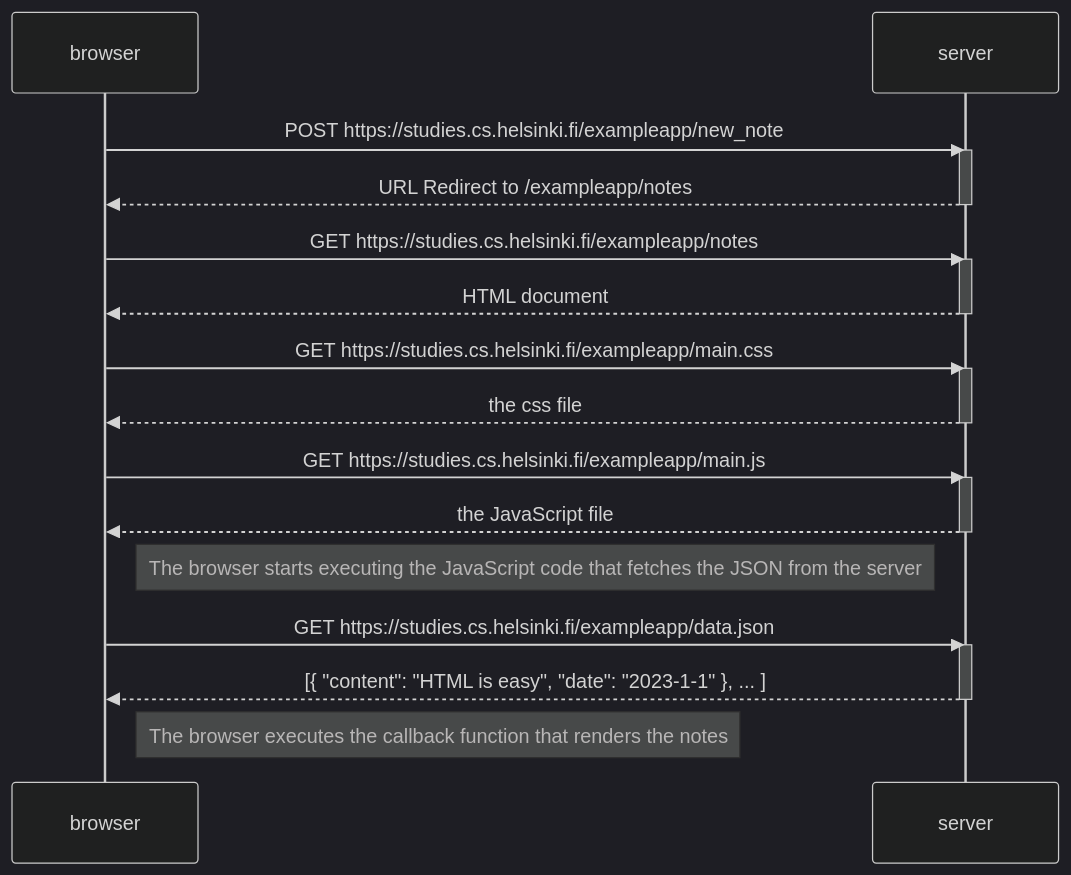
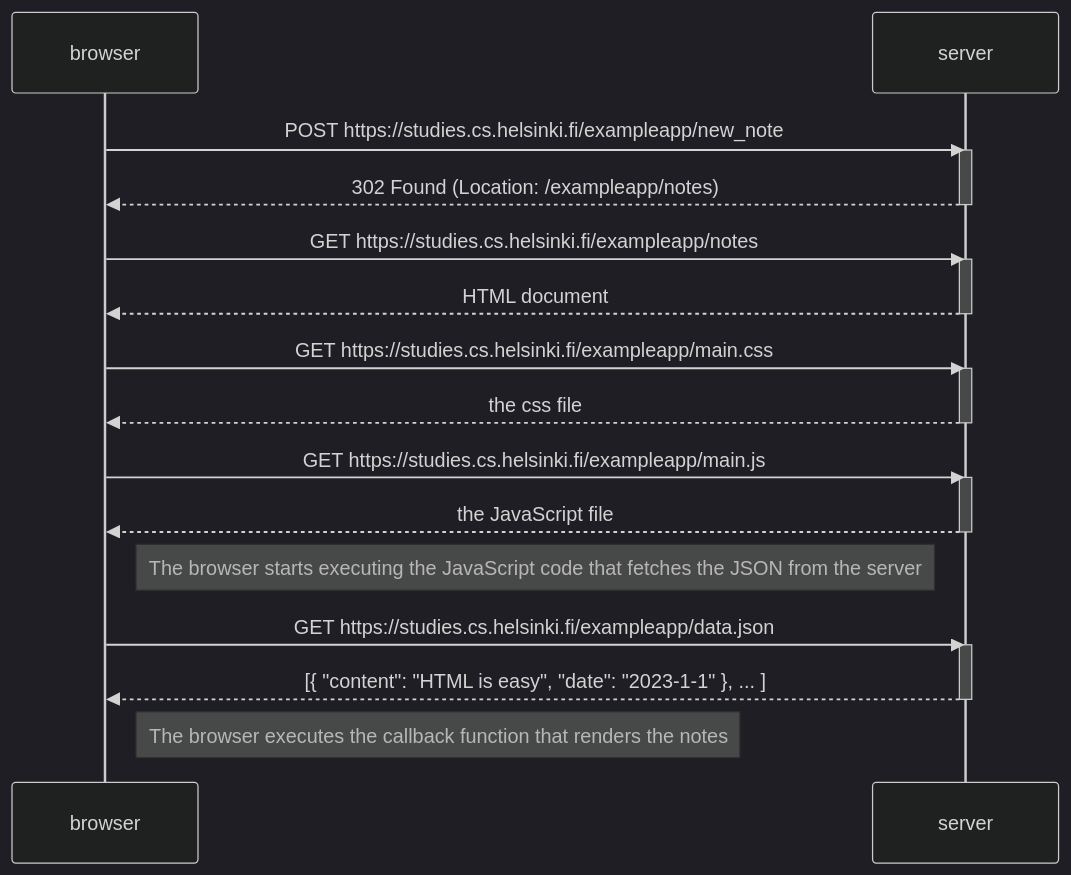
Before and after one commit to Tongxin-Sun/fullStackOpen: the diagram in part0/creatNewNoteDiagram.md, drawn with Mermaid (dark theme). The commit also changed 1 other file, not shown here.

Commit message:
0.5: Single Page App Diagram. Also make slight modification to the createNewNoteDiagram

````diff
--- a/part0/creatNewNoteDiagram.md
+++ b/part0/creatNewNoteDiagram.md
@@ -1,35 +1,35 @@
 ```mermaid
 sequenceDiagram;
     participant browser;
     participant server;
 
     browser->>server: POST https://studies.cs.helsinki.fi/exampleapp/new_note
     activate server
-    server-->>browser: URL Redirect to /exampleapp/notes
+    server-->>browser: 302 Found (Location: /exampleapp/notes)
     deactivate server
 
     browser->>server: GET https://studies.cs.helsinki.fi/exampleapp/notes
     activate server
     server-->>browser: HTML document
     deactivate server
 
     browser->>server: GET https://studies.cs.helsinki.fi/exampleapp/main.css
     activate server
     server-->>browser: the css file
     deactivate server
 
     browser->>server: GET https://studies.cs.helsinki.fi/exampleapp/main.js
     activate server
     server-->>browser: the JavaScript file
     deactivate server
 
     Note right of browser: The browser starts executing the JavaScript code that fetches the JSON from the server
 
     browser->>server: GET https://studies.cs.helsinki.fi/exampleapp/data.json
     activate server
     server-->>browser: [{ "content": "HTML is easy", "date": "2023-1-1" }, ... ]
     deactivate server
 
     Note right of browser: The browser executes the callback function that renders the notes
 
 ```
````
